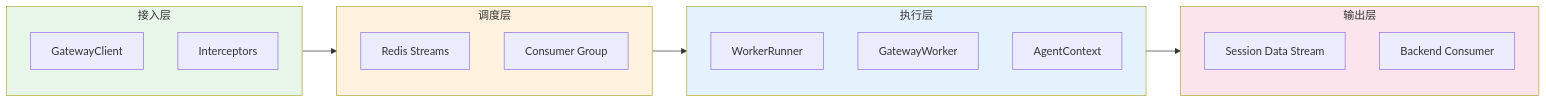
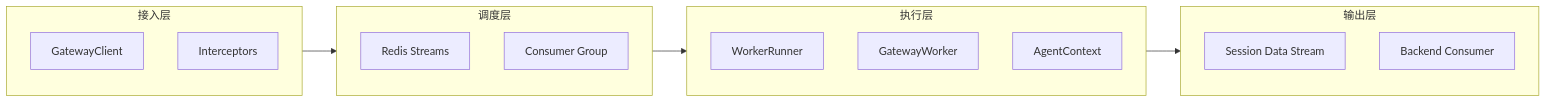
The second of 4 diagrams in docs/architecture/overview.md (beyonai/by-framework-docs), drawn with Mermaid before and after one commit. The commit also changed other lines of this file and 46 other files, not shown here.

````diff
--- a/docs/architecture/overview.md
+++ b/docs/architecture/overview.md
@@ -93,30 +90,26 @@
 ```mermaid
 graph LR
     subgraph L1 ["接入层"]
         A1["GatewayClient"]
         A2["Interceptors"]
     end
 
     subgraph L2 ["调度层"]
         B1["Redis Streams"]
         B2["Consumer Group"]
     end
 
     subgraph L3 ["执行层"]
         C1["WorkerRunner"]
         C2["GatewayWorker"]
         C3["AgentContext"]
     end
 
     subgraph L4 ["输出层"]
         D1["Session Data Stream"]
         D2["Backend Consumer"]
     end
 
     L1 --> L2 --> L3 --> L4
 
-    style L1 fill:#e8f5e9
-    style L2 fill:#fff3e0
-    style L3 fill:#e3f2fd
-    style L4 fill:#fce4ec
 ```
````
